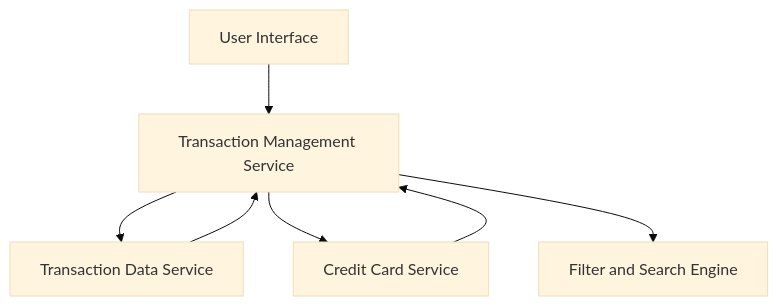
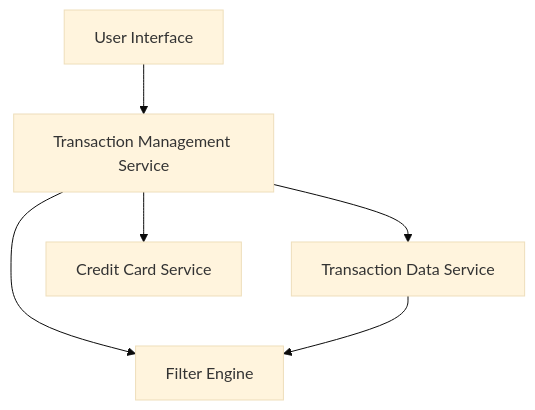
Before and after one commit to AAVA-Demo/APB_Demo: the diagram in HLD/QE-8556_HLD.md, drawn with Mermaid (base theme). The commit also changed other lines of this file and 5 other files, not shown here.

````diff
--- a/HLD/QE-8556_HLD.md
+++ b/HLD/QE-8556_HLD.md
@@ -7,14 +7,13 @@
 ```mermaid
 flowchart TD
     A["User Interface"]
     B["Transaction Management Service"]
     C["Transaction Data Service"]
     D["Credit Card Service"]
-    E["Filter and Search Engine"]
+    E["Filter Engine"]
     A --> B
     B --> C
     B --> D
     B --> E
-    C --> B
-    D --> B
+    C --> E
 ```
````
